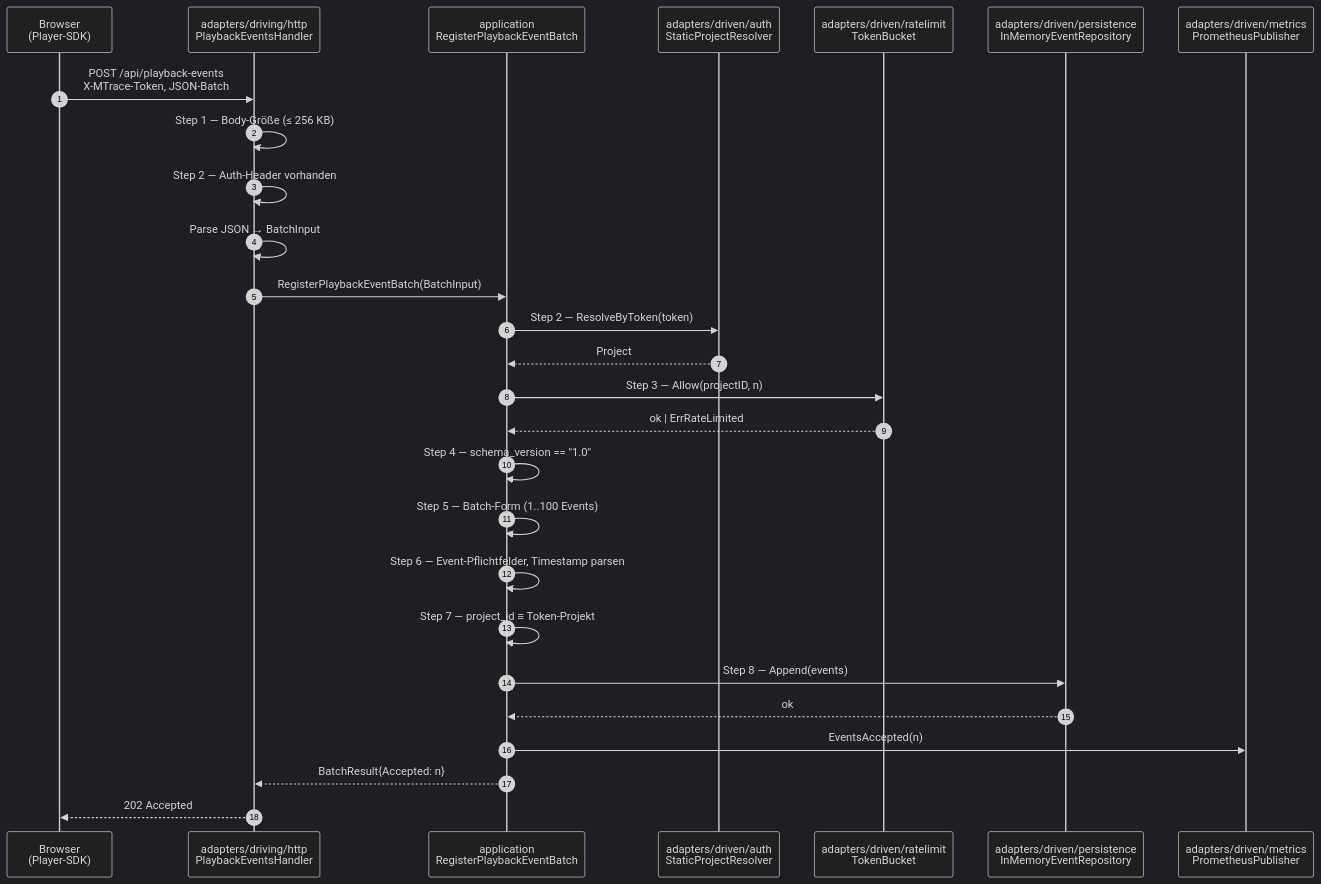
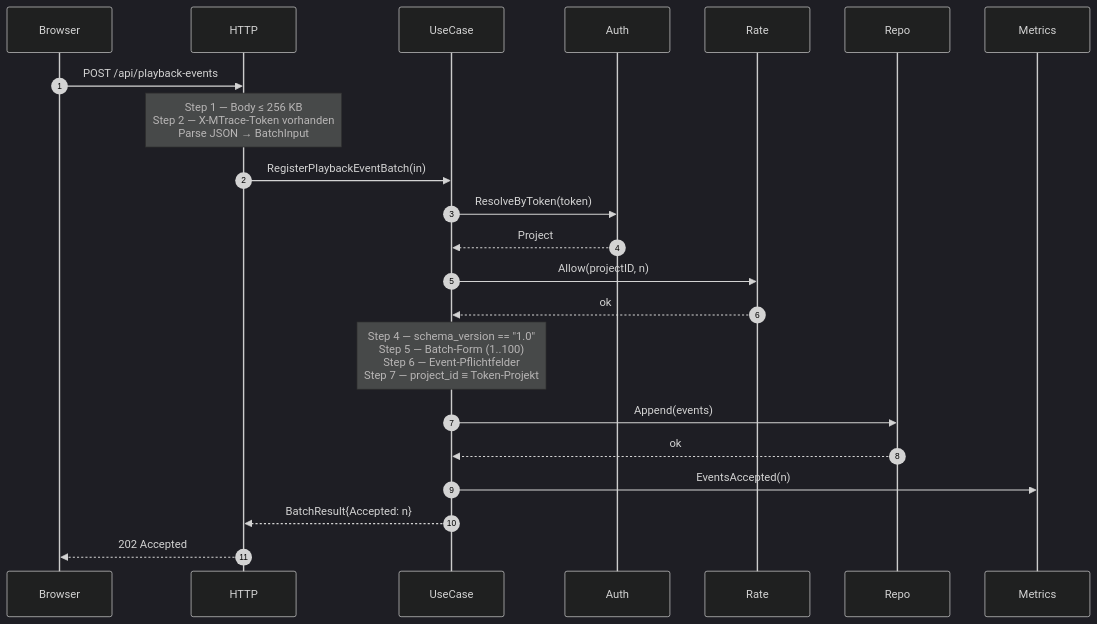
Before and after one commit to pt9912/m-trace: the third of 6 diagrams in docs/architecture.md, drawn with Mermaid (dark theme). The commit also changed other lines of this file, not shown here.

Commit message:
docs(architecture): vereinfache §5.1 Sequenzdiagramm für bessere Lesbarkeit
Das ursprüngliche Diagramm hatte 7 Actors mit zweizeiligen Labels und
18 Messages — auf normalen Bildschirmen kaum lesbar (Spalten zu schmal,
Messages über die Hälfte intern App→App).

Änderungen:

- Participant-Aliases gekürzt (Browser, HTTP, UseCase, Auth, Rate,
  Repo, Metrics) — die volle Pfadangabe steht jetzt als Akteur-Liste
  über dem Diagramm.
- Self-Messages (Validierungs-Steps 1, 2, 4, 5, 6, 7) zu zwei
  Note-over-Blöcken zusammengefasst statt einzelne App→App-Pfeile.
  Damit nur noch 13 Cross-Actor-Messages.
- Schritt-Nummern aus den Pfeil-Labels entfernt; Erklärung der 1..8-
  Reihenfolge separat unter dem Diagramm.

Inhaltlich identisch zur Vorgänger-Version (selbe Reihenfolge, selbe
Akteure).

````diff
--- a/docs/architecture.md
+++ b/docs/architecture.md
@@ -268,30 +278,25 @@
 ```mermaid
 sequenceDiagram
     autonumber
-    participant Browser as Browser<br/>(Player-SDK)
-    participant HTTP as adapters/driving/http<br/>PlaybackEventsHandler
-    participant App as application<br/>RegisterPlaybackEventBatch
-    participant Auth as adapters/driven/auth<br/>StaticProjectResolver
-    participant Rate as adapters/driven/ratelimit<br/>TokenBucket
-    participant Repo as adapters/driven/persistence<br/>InMemoryEventRepository
-    participant Metrics as adapters/driven/metrics<br/>PrometheusPublisher
+    participant Browser
+    participant HTTP
+    participant UseCase
+    participant Auth
+    participant Rate
+    participant Repo
+    participant Metrics
 
-    Browser->>HTTP: POST /api/playback-events<br/>X-MTrace-Token, JSON-Batch
-    HTTP->>HTTP: Step 1 — Body-Größe (≤ 256 KB)
-    HTTP->>HTTP: Step 2 — Auth-Header vorhanden
-    HTTP->>HTTP: Parse JSON → BatchInput
-    HTTP->>App: RegisterPlaybackEventBatch(BatchInput)
-    App->>Auth: Step 2 — ResolveByToken(token)
-    Auth-->>App: Project
-    App->>Rate: Step 3 — Allow(projectID, n)
-    Rate-->>App: ok | ErrRateLimited
-    App->>App: Step 4 — schema_version == "1.0"
-    App->>App: Step 5 — Batch-Form (1..100 Events)
-    App->>App: Step 6 — Event-Pflichtfelder, Timestamp parsen
-    App->>App: Step 7 — project_id ≡ Token-Projekt
-    App->>Repo: Step 8 — Append(events)
-    Repo-->>App: ok
-    App->>Metrics: EventsAccepted(n)
-    App-->>HTTP: BatchResult{Accepted: n}
+    Browser->>HTTP: POST /api/playback-events
+    Note over HTTP: Step 1 — Body ≤ 256 KB<br/>Step 2 — X-MTrace-Token vorhanden<br/>Parse JSON → BatchInput
+    HTTP->>UseCase: RegisterPlaybackEventBatch(in)
+    UseCase->>Auth: ResolveByToken(token)
+    Auth-->>UseCase: Project
+    UseCase->>Rate: Allow(projectID, n)
+    Rate-->>UseCase: ok
+    Note over UseCase: Step 4 — schema_version == "1.0"<br/>Step 5 — Batch-Form (1..100)<br/>Step 6 — Event-Pflichtfelder<br/>Step 7 — project_id ≡ Token-Projekt
+    UseCase->>Repo: Append(events)
+    Repo-->>UseCase: ok
+    UseCase->>Metrics: EventsAccepted(n)
+    UseCase-->>HTTP: BatchResult{Accepted: n}
     HTTP-->>Browser: 202 Accepted
 ```
````
